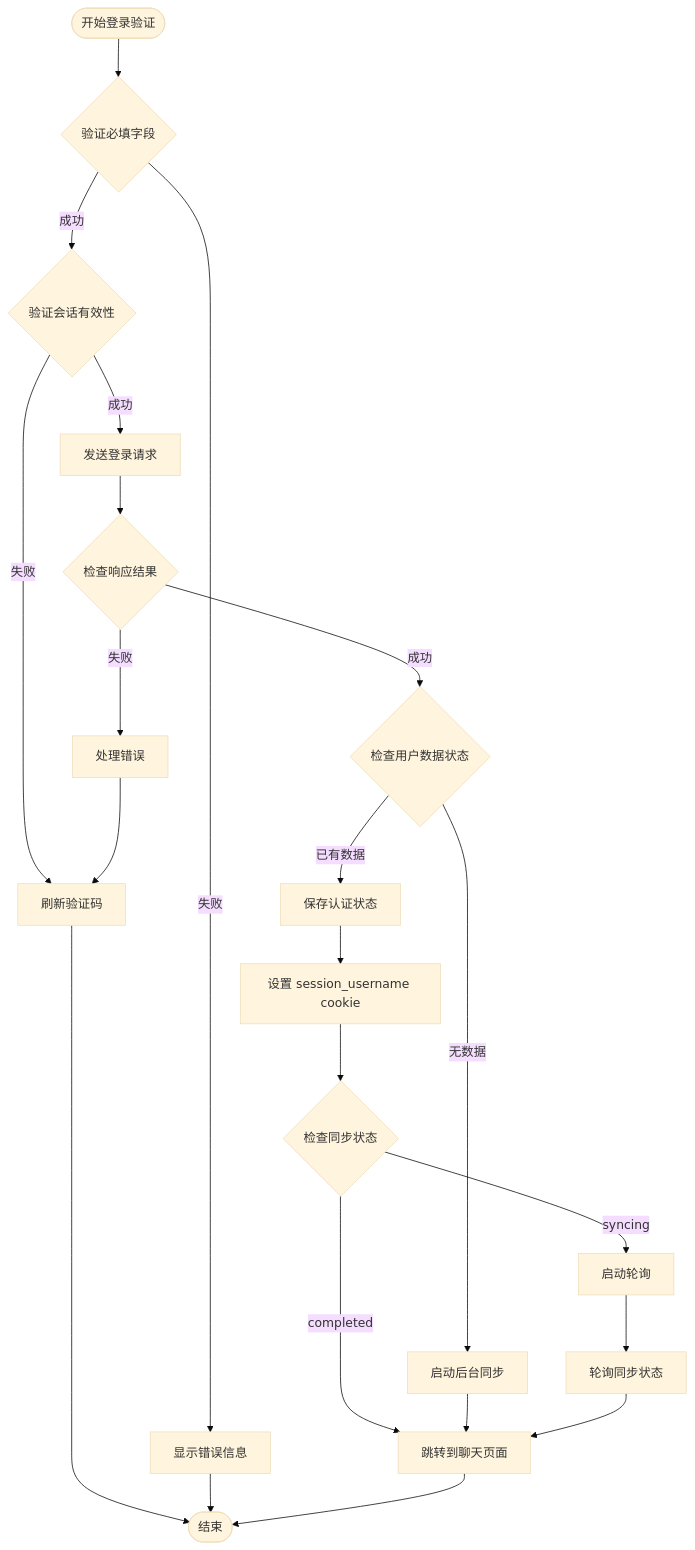
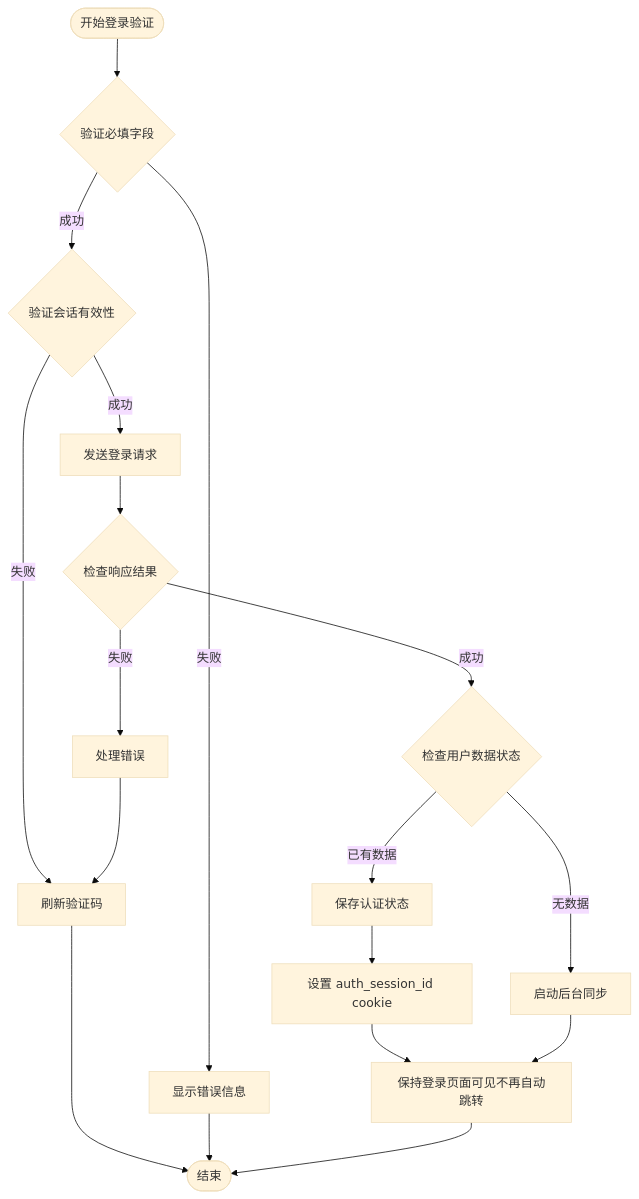
Before and after one commit to ghbbn053-ship-itsoulddog/soulddog: the eighth of 14 diagrams in .qoder/repowiki/zh/content/前端应用文档/登录页面与认证流程.md, drawn with Mermaid (base theme). The commit also changed other lines of this file and 119 other files, not shown here.

````diff
--- a/.qoder/repowiki/zh/content/前端应用文档/登录页面与认证流程.md
+++ b/.qoder/repowiki/zh/content/前端应用文档/登录页面与认证流程.md
@@ -336,24 +393,20 @@
 ```mermaid
 flowchart TD
 Start([开始登录验证]) --> ValidateFields{验证必填字段}
 ValidateFields --> |失败| ShowError[显示错误信息]
 ValidateFields --> |成功| ValidateSession{验证会话有效性}
 ValidateSession --> |失败| RefreshCaptcha[刷新验证码]
 ValidateSession --> |成功| SendRequest[发送登录请求]
 RefreshCaptcha --> End([结束])
 ShowError --> End
 SendRequest --> CheckResponse{检查响应结果}
 CheckResponse --> |成功| CheckUserData{检查用户数据状态}
 CheckUserData --> |已有数据| SaveAuth[保存认证状态]
 CheckUserData --> |无数据| StartSync[启动后台同步]
 CheckResponse --> |失败| HandleError[处理错误]
-SaveAuth --> SetSessionCookie[设置 session_username cookie]
-SetSessionCookie --> CheckSyncStatus{检查同步状态}
-CheckSyncStatus --> |completed| Navigate[跳转到聊天页面]
-CheckSyncStatus --> |syncing| StartPolling[启动轮询]
+SaveAuth --> SetAuthCookie[设置 auth_session_id cookie]
+SetAuthCookie --> Navigate[保持登录页面可见不再自动跳转]
 HandleError --> RefreshCaptcha
 StartSync --> Navigate
-StartPolling --> PollStatus[轮询同步状态]
-PollStatus --> Navigate
 Navigate --> End
 ```
````
